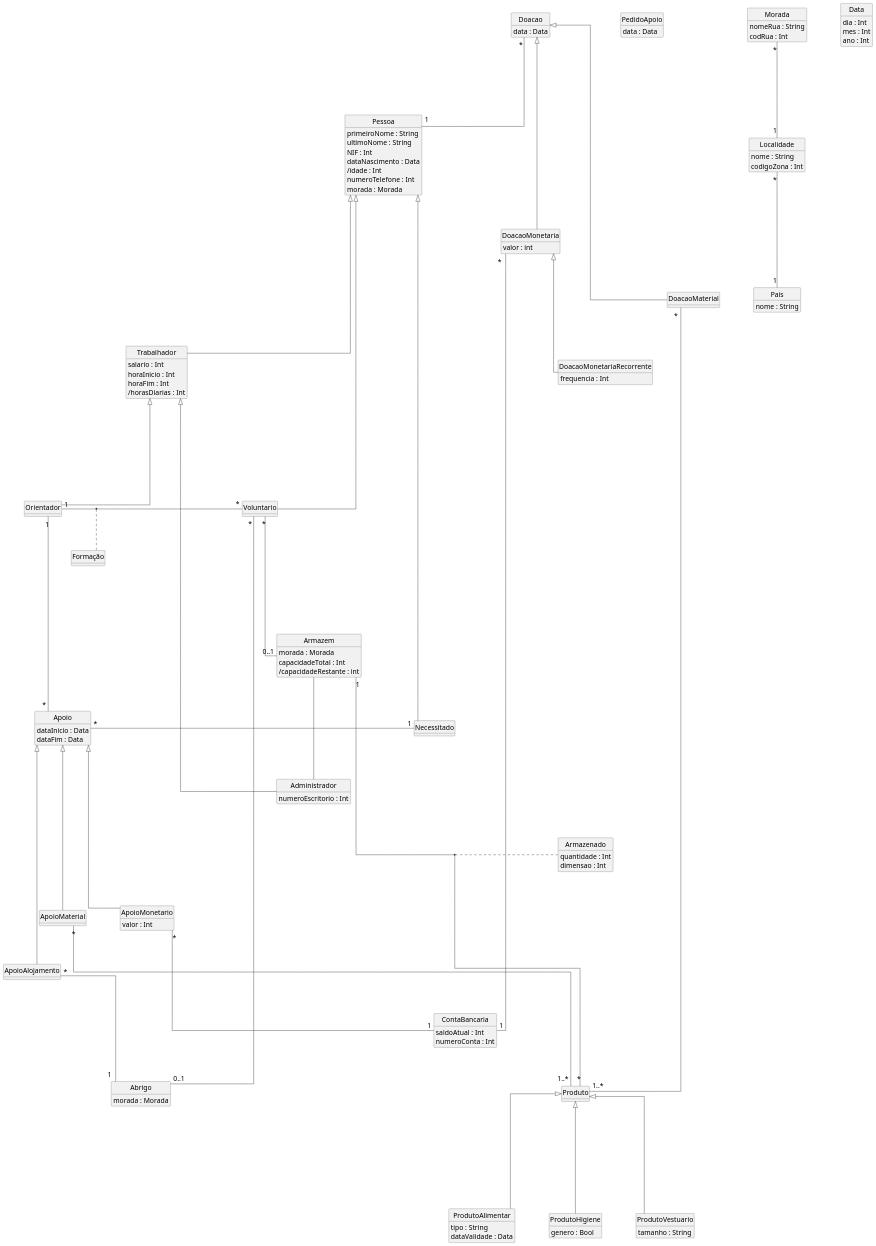
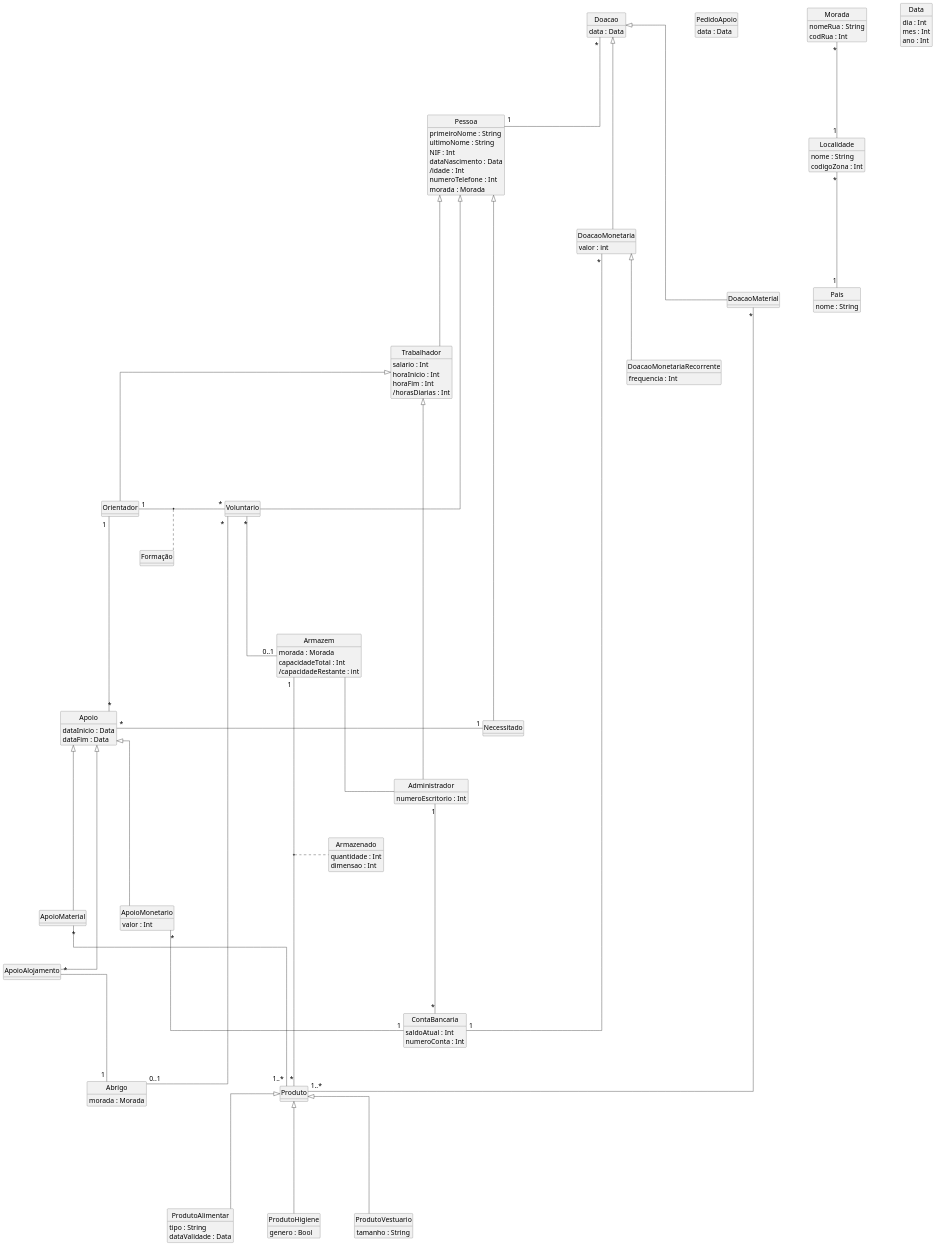
The diagram in Delivery_I/diagram.puml (francisco-rente/FEUP-BDAD), drawn with PlantUML before and after one commit. The commit also changed 1 other file, not shown here.

Commit message:
Updated diagram: administrator responsible for bank account.

```diff
--- a/Delivery_I/diagram.puml
+++ b/Delivery_I/diagram.puml
@@ -143,6 +143,7 @@
 Produto <|---- ProdutoVestuario
 
 'Diferentes funções'
+Administrador "1" - "*" ContaBancaria
 Voluntario "*" ---- "0..1" Armazem
 Voluntario "*" ----- "0..1" Abrigo
 Orientador "1" ----- "*" Apoio
```
